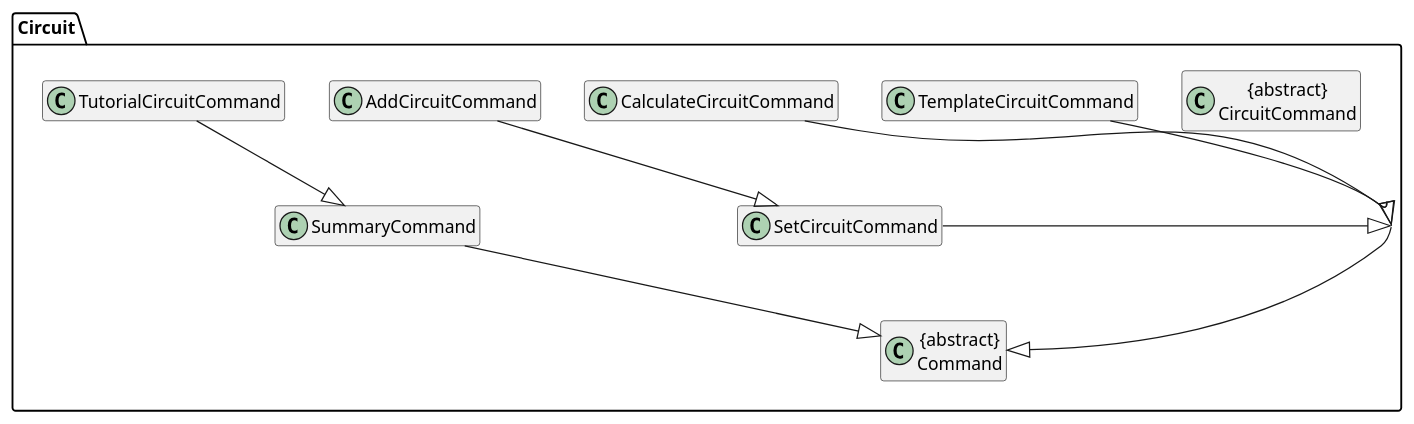
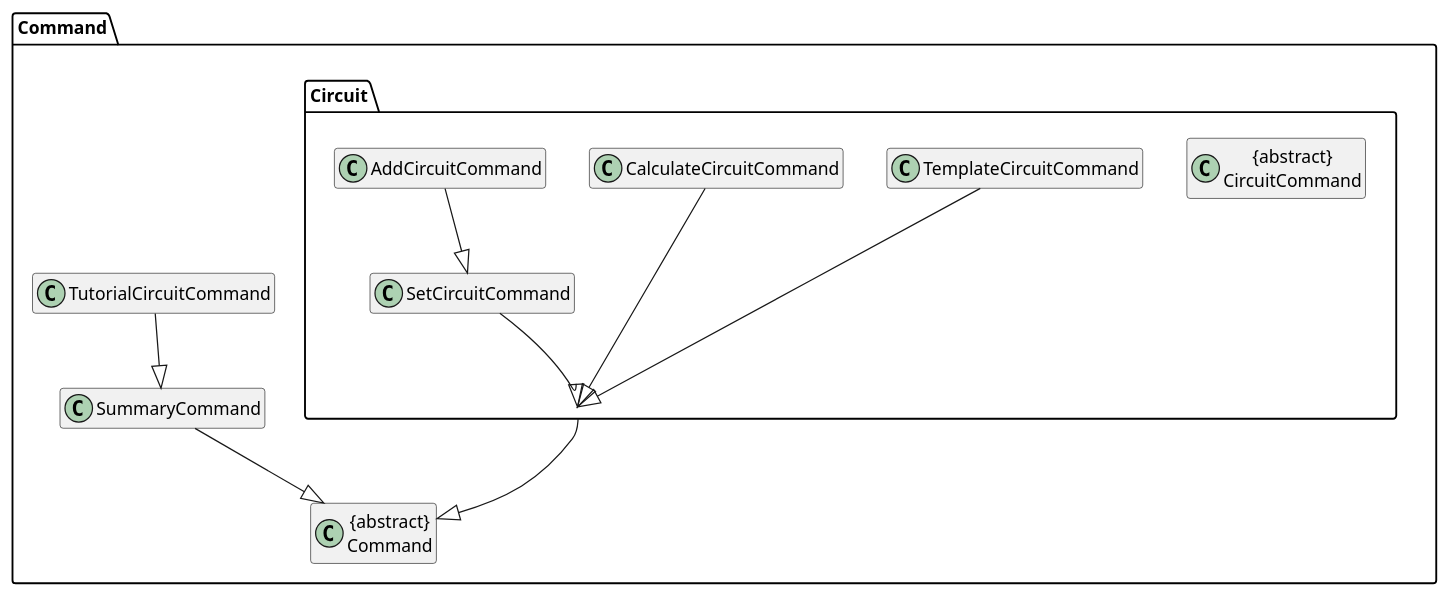
Before and after one commit to sevenseasofbri/tp: the diagram in docs/diagrams/CircuitCommandClassDiagram.puml, drawn with PlantUML. The commit also changed 7 other files, not shown here.

```diff
--- a/docs/diagrams/CircuitCommandClassDiagram.puml
+++ b/docs/diagrams/CircuitCommandClassDiagram.puml
@@ -1,22 +1,27 @@
 @startuml
 
 hide member
+
+package Command {
+
+Class "{abstract}\nCommand" as Comd
+Class "SummaryCommand" as Summary
+Class "TutorialCircuitCommand" as Help
+
 package "Circuit" {
 Class "{abstract}\nCircuitCommand" as Circuit
-Class "TemplateCircuitCommand" as Template
 Class "SetCircuitCommand" as Set
 Class "AddCircuitCommand" as Add
 Class "CalculateCircuitCommand" as Calc
-Class "TutorialCircuitCommand" as Help
-Class "SummaryCommand" as Summary
-Class "{abstract}\nCommand" as Comd
+Class "TemplateCircuitCommand" as Template
 }
+
 Help --|> Summary
 Template --|> Circuit
 Set --|> Circuit
 Calc --|> Circuit
 Add --|> Set
 Summary --|> Comd
 Circuit --|> Comd
 
 @enduml
```
